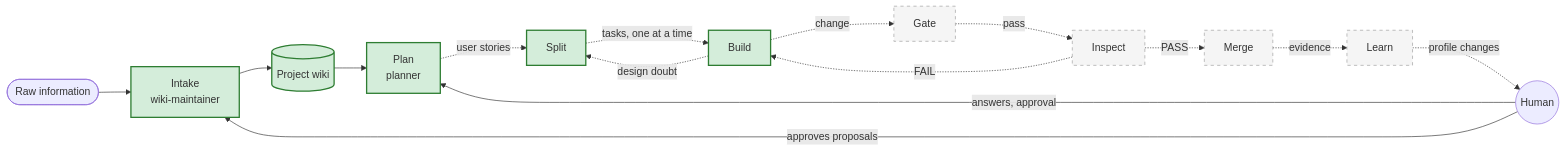
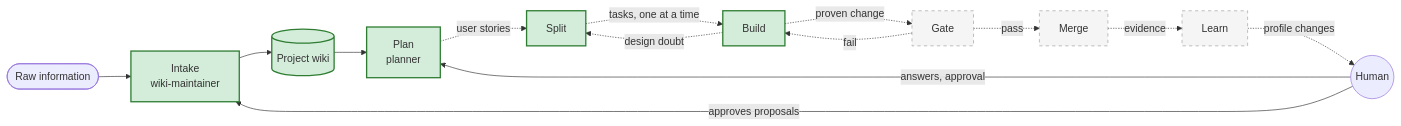
Before and after one commit to juancrfig/ergon: the diagram in docs/factory.md, drawn with Mermaid. The commit also changed 8 other files, not shown here.

````diff
--- a/docs/factory.md
+++ b/docs/factory.md
@@ -8,22 +8,21 @@
 ```mermaid
 flowchart LR
     raw([Raw information]) --> intake
     intake[Intake<br/>wiki-maintainer] --> wiki[(Project wiki)]
     wiki --> plan
     human((Human)) -- answers, approval --> plan
     plan[Plan<br/>planner] -. user stories .-> split[Split]
     split -. tasks, one at a time .-> build[Build]
     build -. design doubt .-> split
-    build -. change .-> gate[Gate]
-    gate -. pass .-> inspect[Inspect]
-    inspect -. PASS .-> merge[Merge]
-    inspect -. FAIL .-> build
+    build -. proven change .-> gate[Gate]
+    gate -. pass .-> merge[Merge]
+    gate -. fail .-> build
     merge -. evidence .-> learn[Learn]
     learn -. profile changes .-> human
     human -- approves proposals --> intake
 
     classDef built fill:#d4edda,stroke:#2e7d32,stroke-width:2px;
     classDef todo fill:#f5f5f5,stroke:#9e9e9e,stroke-dasharray:5 5;
     class intake,wiki,plan,split,build built;
-    class gate,inspect,merge,learn todo;
+    class gate,merge,learn todo;
 ```
````
